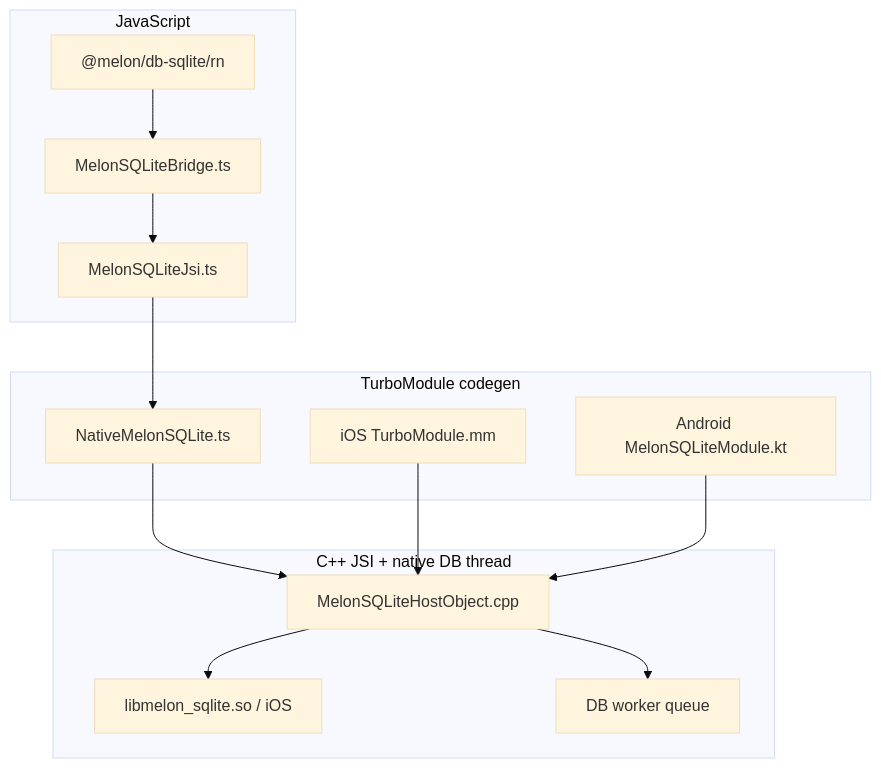
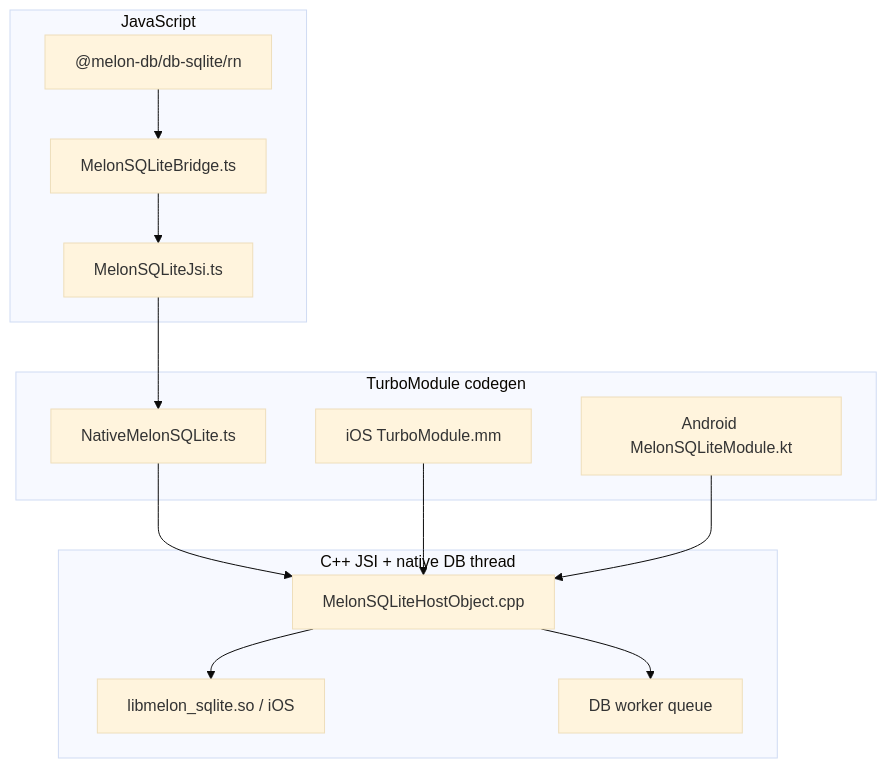
One commit to nwnichols02/melon-db changed the second of 2 diagrams in apps/docs/content/docs/architecture/native.mdx. Above: the diagram before and after it, drawn with Mermaid (base theme). The commit also changed other lines of this file and 541 other files, not shown here.

````diff
--- a/apps/docs/content/docs/architecture/native.mdx
+++ b/apps/docs/content/docs/architecture/native.mdx
@@ -38,29 +38,29 @@
 ```mermaid
 flowchart TB
   subgraph js ["JavaScript"]
-    RN["@melon/db-sqlite/rn"]
+    RN["@melon-db/db-sqlite/rn"]
     Bridge["MelonSQLiteBridge.ts"]
     JsiTs["MelonSQLiteJsi.ts"]
   end
 
   subgraph turbo ["TurboModule codegen"]
     NativeTs["NativeMelonSQLite.ts"]
     iOS["iOS TurboModule.mm"]
     Android["Android MelonSQLiteModule.kt"]
   end
 
   subgraph cpp ["C++ JSI + native DB thread"]
     Host["MelonSQLiteHostObject.cpp"]
     Lib["libmelon_sqlite.so / iOS"]
     Queue["DB worker queue"]
   end
 
   RN --> Bridge
   Bridge --> JsiTs
   JsiTs --> NativeTs
   NativeTs --> Host
   iOS --> Host
   Android --> Host
   Host --> Lib
   Host --> Queue
 ```
````
